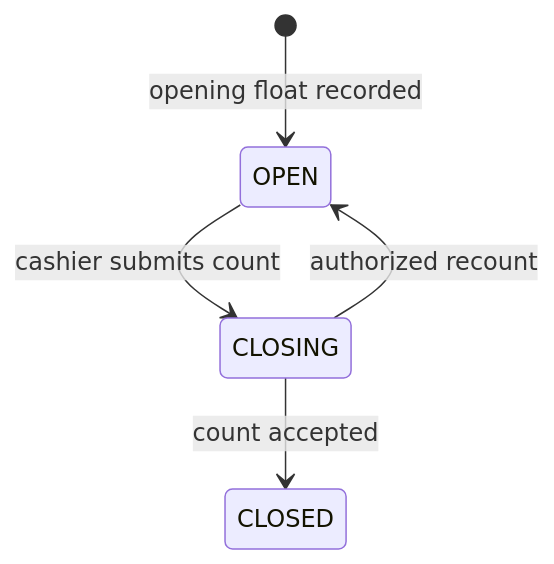
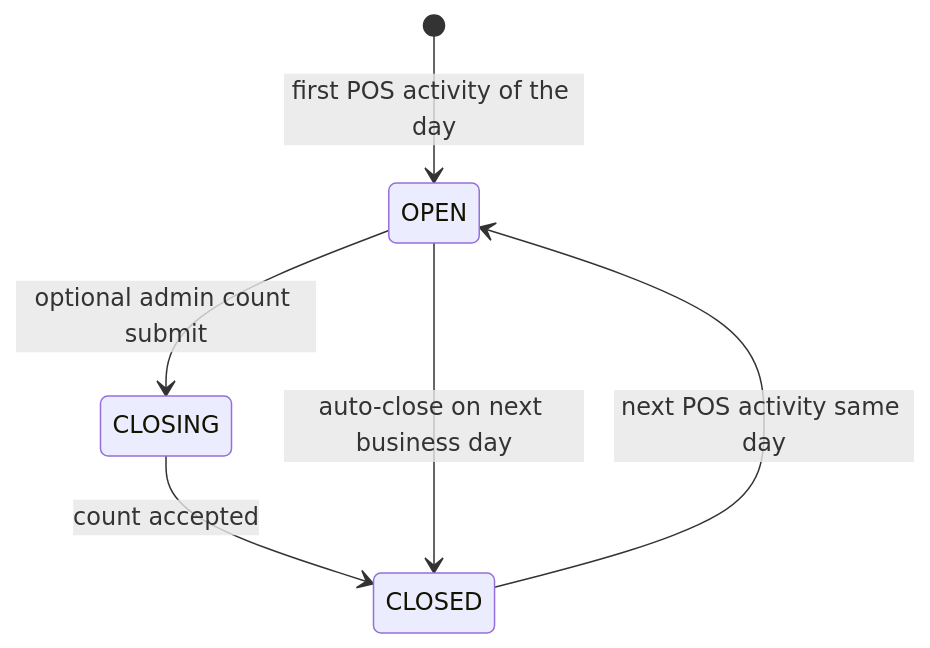
Before and after one commit to NijatAbdullayev01/itmarket: the fifth of 5 diagrams in docs/state-machines.md, drawn with Mermaid. The commit also changed other lines of this file and 88 other files, not shown here.

````diff
--- a/docs/state-machines.md
+++ b/docs/state-machines.md
@@ -158,7 +179,8 @@
 ```mermaid
 stateDiagram-v2
-  [*] --> OPEN: opening float recorded
-  OPEN --> CLOSING: cashier submits count
+  [*] --> OPEN: first POS activity of the day
+  OPEN --> CLOSING: optional admin count submit
   CLOSING --> CLOSED: count accepted
-  CLOSING --> OPEN: authorized recount
+  CLOSED --> OPEN: next POS activity same day
+  OPEN --> CLOSED: auto-close on next business day
 ```
````
